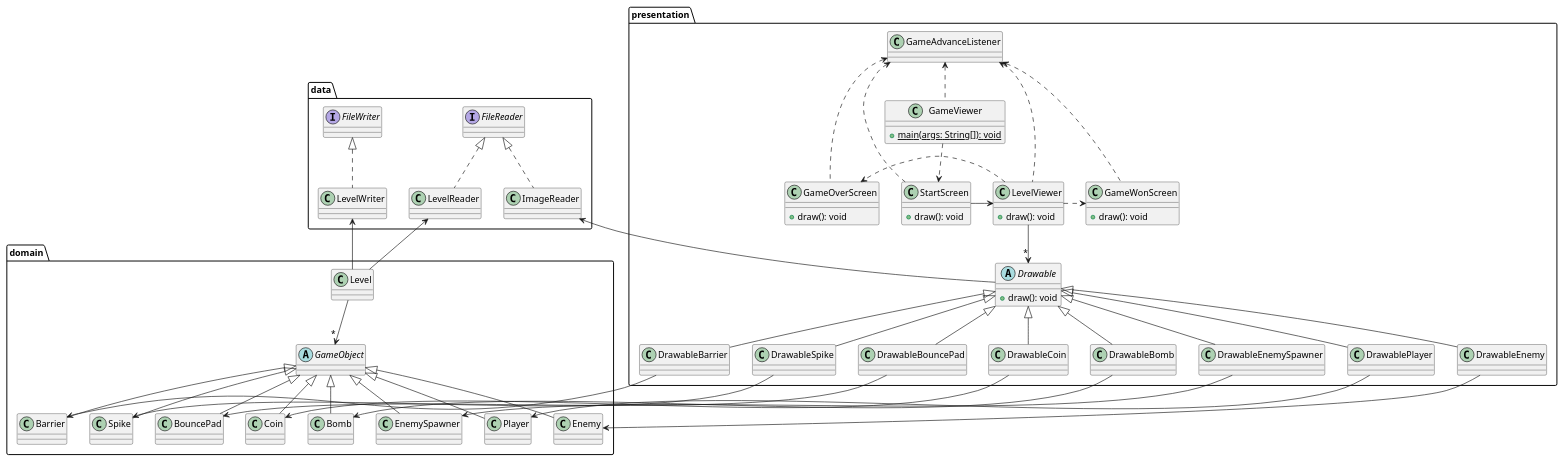
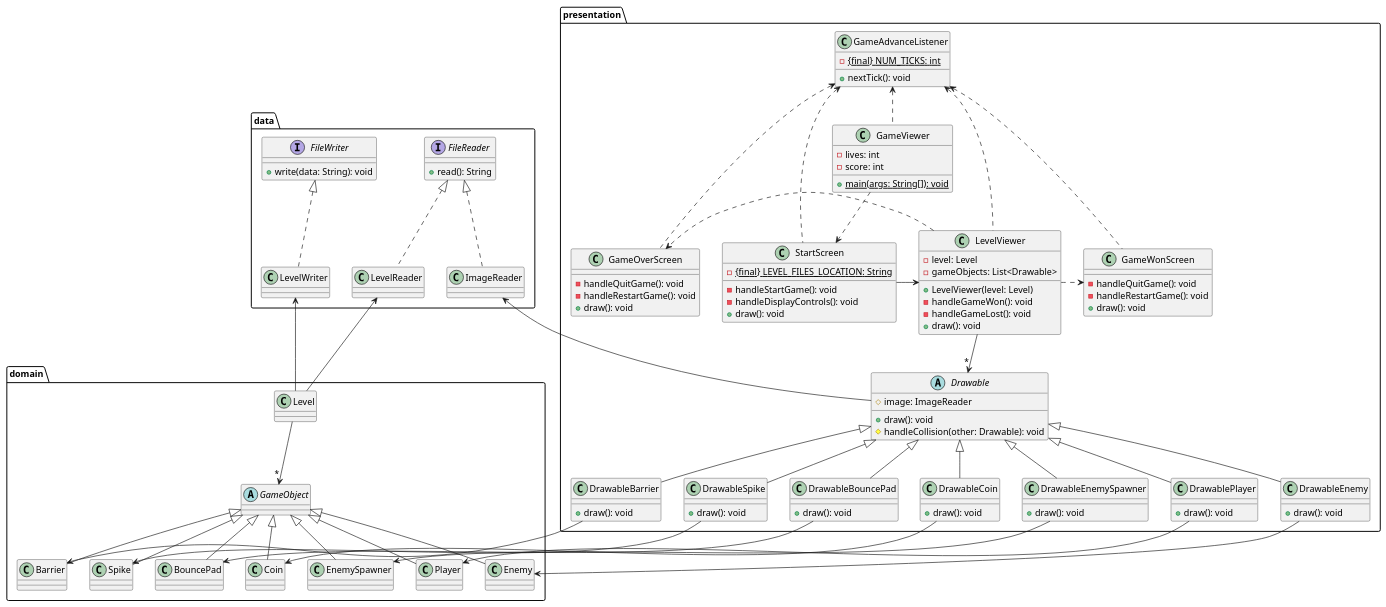
One commit to rhit-koenigjl/CSSE375-team15 changed the diagram in design/class-diagram.puml. Above: the diagram before and after it, drawn with PlantUML.

Commit message:
Continue work on UML draft

```diff
--- a/design/class-diagram.puml
+++ b/design/class-diagram.puml
@@ -1,96 +1,128 @@
 @startuml ArcadeGame
 package presentation {
   class GameViewer {
+    - lives: int
+    - score: int
     + {static} main(args: String[]): void
   }
-  class GameAdvanceListener
+  class GameAdvanceListener {
+    - {static} {final} NUM_TICKS: int
+    + nextTick(): void
+  }
   class StartScreen {
+    - {static} {final} LEVEL_FILES_LOCATION: String
+    - handleStartGame(): void
+    - handleDisplayControls(): void
     + draw(): void
   }
   class GameOverScreen {
+    - handleQuitGame(): void
+    - handleRestartGame(): void
     + draw(): void
   }
   class GameWonScreen {
+    - handleQuitGame(): void
+    - handleRestartGame(): void
     + draw(): void
   }
   class LevelViewer {
+    - level: Level
+    - gameObjects: List<Drawable>
+    + LevelViewer(level: Level)
+    - handleGameWon(): void
+    - handleGameLost(): void
     + draw(): void
   }
   abstract Drawable {
+    # image: ImageReader
+    + draw(): void
+    # handleCollision(other: Drawable): void
+  }
+  class DrawablePlayer {
     + draw(): void
   }
-  class DrawablePlayer
-  class DrawableEnemy
-  class DrawableBarrier
-  class DrawableSpike
-  class DrawableBouncePad
-  class DrawableCoin
-  class DrawableBomb
-  class DrawableEnemySpawner
+  class DrawableEnemy {
+    + draw(): void
+  }
+  class DrawableBarrier {
+    + draw(): void
+  }
+  class DrawableSpike {
+    + draw(): void
+  }
+  class DrawableBouncePad {
+    + draw(): void
+  }
+  class DrawableCoin {
+    + draw(): void
+  }
+  class DrawableEnemySpawner {
+    + draw(): void
+  }
 
   GameViewer .d.> StartScreen
   GameViewer .u.> GameAdvanceListener
   StartScreen -> LevelViewer
   StartScreen .u.> GameAdvanceListener
   LevelViewer .> GameWonScreen
   LevelViewer .> GameOverScreen
   LevelViewer .u.> GameAdvanceListener
   GameWonScreen .u.> GameAdvanceListener
   GameOverScreen .u.> GameAdvanceListener
   LevelViewer -d->"*" Drawable
   DrawablePlayer -u-|> Drawable
   DrawableEnemy -u-|> Drawable
   DrawableBarrier -u-|> Drawable
   DrawableSpike -u-|> Drawable
   DrawableBouncePad -u-|> Drawable
   DrawableCoin -u-|> Drawable
-  DrawableBomb -u-|> Drawable
   DrawableEnemySpawner -u-|> Drawable
 }
 Drawable -l-> data.ImageReader
 DrawablePlayer -d-> domain.Player
 DrawableEnemy -d-> domain.Enemy
 DrawableBarrier -d-> domain.Barrier
 DrawableSpike -d-> domain.Spike
 DrawableBouncePad -d-> domain.BouncePad
 DrawableCoin -d-> domain.Coin
-DrawableBomb -d-> domain.Bomb
 DrawableEnemySpawner -d-> domain.EnemySpawner
 
 package domain {
   class Level
   abstract GameObject
   class Player
   class Enemy
   class Barrier
   class Spike
   class BouncePad
   class Coin
-  class Bomb
   class EnemySpawner
 
   Level -d->"*" GameObject
   Player -u-|> GameObject
   Enemy -u-|> GameObject
   Barrier -u-|> GameObject
   Spike -u-|> GameObject
   BouncePad -u-|> GameObject
   Coin -u-|> GameObject
-  Bomb -u-|> GameObject
   EnemySpawner -u-|> GameObject
 }
 Level -u-> data.LevelReader
 Level -u-> data.LevelWriter
 
 package data {
-  interface FileReader
-  interface FileWriter
+  interface FileReader {
+    + read(): String
+  }
+  interface FileWriter {
+    + write(data: String): void
+  }
   class LevelReader
   class ImageReader
   class LevelWriter
 
   LevelReader .u.|> FileReader
   ImageReader .u.|> FileReader
   LevelWriter .u.|> FileWriter
 }
 @enduml
```
